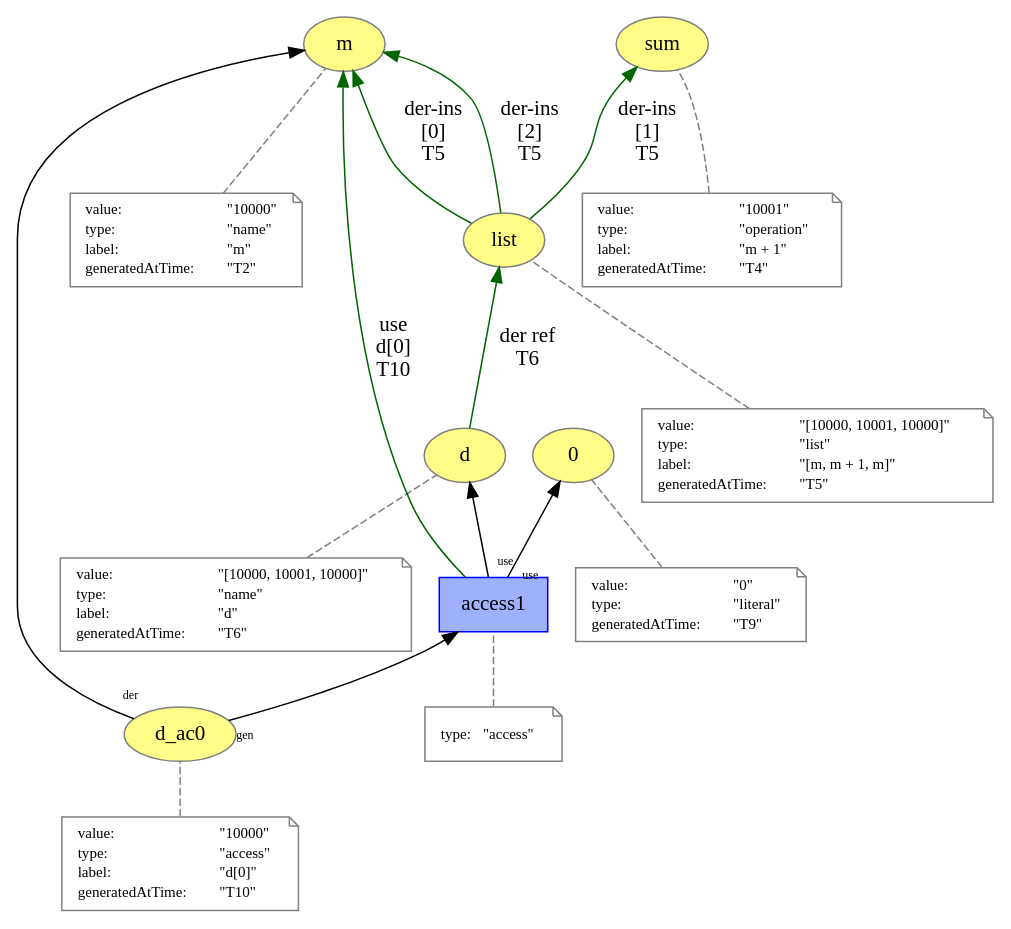
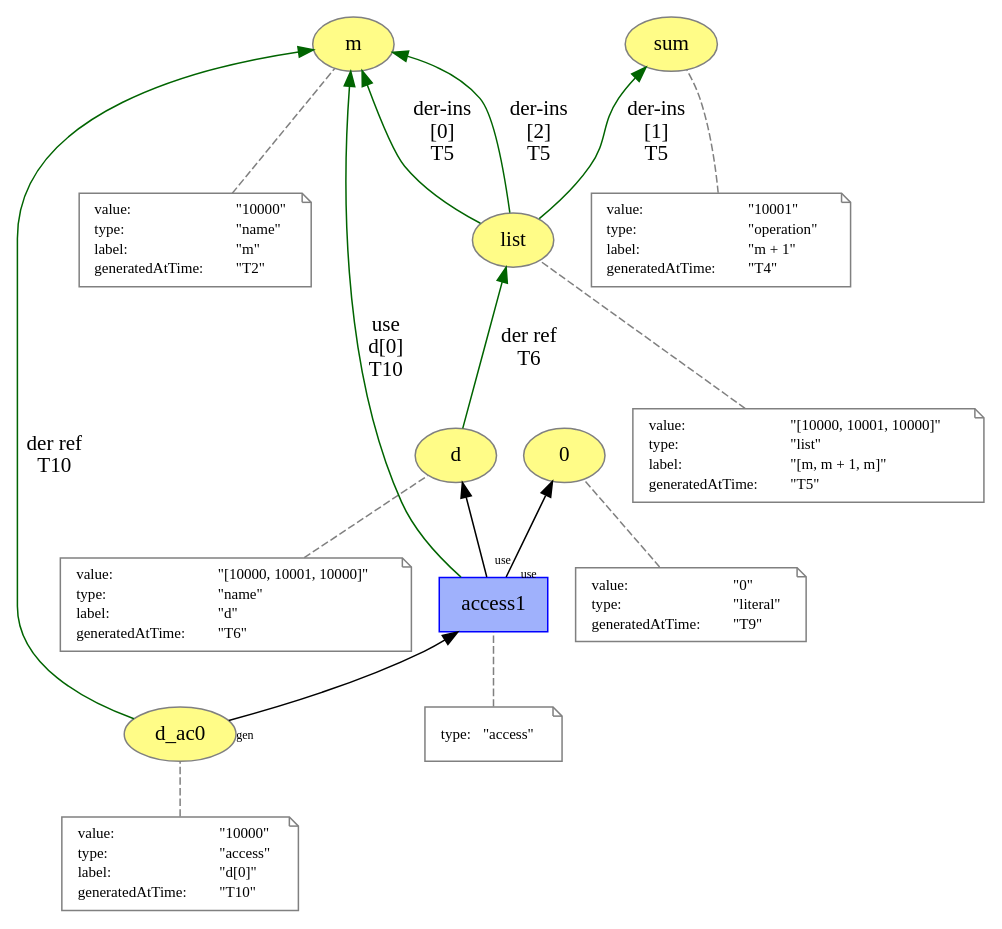
One commit to dew-uff/versioned-prov changed the diagram in versioned_prov/access.dot. Above: the diagram before and after it, drawn with Graphviz. The commit also changed 11 other files, not shown here.

```diff
--- a/versioned_prov/access.dot
+++ b/versioned_prov/access.dot
@@ -1,144 +1,145 @@
 digraph "PROV" { size="16,12"; rankdir="BT";
 "http://example.org/m" [fillcolor="#FFFC87",color="#808080",style="filled",label="m",URL="http://example.org/m"]
 "-attrs0" [color="gray",shape="note",fontsize="10",fontcolor="black",label=<<TABLE cellpadding="0" border="0">
 	<TR>
 	    <TD align="left">value:</TD>
 	    <TD align="left">&quot;10000&quot;</TD>
 	</TR>
 	<TR>
 	    <TD align="left">type:</TD>
 	    <TD align="left">&quot;name&quot;</TD>
 	</TR>
 	<TR>
 	    <TD align="left">label:</TD>
 	    <TD align="left">&quot;m&quot;</TD>
 	</TR>
 	<TR>
 	    <TD align="left">generatedAtTime:</TD>
 	    <TD align="left">&quot;T2&quot;</TD>
 	</TR>
 </TABLE>>]
 "-attrs0" -> "http://example.org/m" [color="gray",style="dashed",arrowhead="none"]
 "http://example.org/sum" [fillcolor="#FFFC87",color="#808080",style="filled",label="sum",URL="http://example.org/sum"]
 "-attrs1" [color="gray",shape="note",fontsize="10",fontcolor="black",label=<<TABLE cellpadding="0" border="0">
 	<TR>
 	    <TD align="left">value:</TD>
 	    <TD align="left">&quot;10001&quot;</TD>
 	</TR>
 	<TR>
 	    <TD align="left">type:</TD>
 	    <TD align="left">&quot;operation&quot;</TD>
 	</TR>
 	<TR>
 	    <TD align="left">label:</TD>
 	    <TD align="left">&quot;m + 1&quot;</TD>
 	</TR>
 	<TR>
 	    <TD align="left">generatedAtTime:</TD>
 	    <TD align="left">&quot;T4&quot;</TD>
 	</TR>
 </TABLE>>]
 "-attrs1" -> "http://example.org/sum" [color="gray",style="dashed",arrowhead="none"]
 "http://example.org/list" [fillcolor="#FFFC87",color="#808080",style="filled",label="list",URL="http://example.org/list"]
 "-attrs2" [color="gray",shape="note",fontsize="10",fontcolor="black",label=<<TABLE cellpadding="0" border="0">
 	<TR>
 	    <TD align="left">value:</TD>
 	    <TD align="left">&quot;[10000, 10001, 10000]&quot;</TD>
 	</TR>
 	<TR>
 	    <TD align="left">type:</TD>
 	    <TD align="left">&quot;list&quot;</TD>
 	</TR>
 	<TR>
 	    <TD align="left">label:</TD>
 	    <TD align="left">&quot;[m, m + 1, m]&quot;</TD>
 	</TR>
 	<TR>
 	    <TD align="left">generatedAtTime:</TD>
 	    <TD align="left">&quot;T5&quot;</TD>
 	</TR>
 </TABLE>>]
 "-attrs2" -> "http://example.org/list" [color="gray",style="dashed",arrowhead="none"]
 "http://example.org/list" -> "http://example.org/m" [labelfontsize="8",labeldistance="1.5",color="darkgreen",labelangle="60.0",rotation="20",label="der-ins
 [0]
 T5"]
 "http://example.org/list" -> "http://example.org/sum" [labelfontsize="8",labeldistance="1.5",color="darkgreen",labelangle="60.0",rotation="20",label="der-ins
 [1]
 T5"]
 "http://example.org/list" -> "http://example.org/m" [labelfontsize="8",labeldistance="1.5",color="darkgreen",labelangle="60.0",rotation="20",label="der-ins
 [2]
 T5"]
 "http://example.org/d" [fillcolor="#FFFC87",color="#808080",style="filled",label="d",URL="http://example.org/d"]
 "-attrs3" [color="gray",shape="note",fontsize="10",fontcolor="black",label=<<TABLE cellpadding="0" border="0">
 	<TR>
 	    <TD align="left">value:</TD>
 	    <TD align="left">&quot;[10000, 10001, 10000]&quot;</TD>
 	</TR>
 	<TR>
 	    <TD align="left">type:</TD>
 	    <TD align="left">&quot;name&quot;</TD>
 	</TR>
 	<TR>
 	    <TD align="left">label:</TD>
 	    <TD align="left">&quot;d&quot;</TD>
 	</TR>
 	<TR>
 	    <TD align="left">generatedAtTime:</TD>
 	    <TD align="left">&quot;T6&quot;</TD>
 	</TR>
 </TABLE>>]
 "-attrs3" -> "http://example.org/d" [color="gray",style="dashed",arrowhead="none"]
 "http://example.org/d" -> "http://example.org/list" [labelfontsize="8",labeldistance="1.5",color="darkgreen",labelangle="60.0",rotation="20",label="der ref
 T6"]
 "http://example.org/0" [fillcolor="#FFFC87",color="#808080",style="filled",label="0",URL="http://example.org/0"]
 "-attrs4" [color="gray",shape="note",fontsize="10",fontcolor="black",label=<<TABLE cellpadding="0" border="0">
 	<TR>
 	    <TD align="left">value:</TD>
 	    <TD align="left">&quot;0&quot;</TD>
 	</TR>
 	<TR>
 	    <TD align="left">type:</TD>
 	    <TD align="left">&quot;literal&quot;</TD>
 	</TR>
 	<TR>
 	    <TD align="left">generatedAtTime:</TD>
 	    <TD align="left">&quot;T9&quot;</TD>
 	</TR>
 </TABLE>>]
 "-attrs4" -> "http://example.org/0" [color="gray",style="dashed",arrowhead="none"]
 "http://example.org/d_ac0" [fillcolor="#FFFC87",color="#808080",style="filled",label="d_ac0",URL="http://example.org/d_ac0"]
 "-attrs5" [color="gray",shape="note",fontsize="10",fontcolor="black",label=<<TABLE cellpadding="0" border="0">
 	<TR>
 	    <TD align="left">value:</TD>
 	    <TD align="left">&quot;10000&quot;</TD>
 	</TR>
 	<TR>
 	    <TD align="left">type:</TD>
 	    <TD align="left">&quot;access&quot;</TD>
 	</TR>
 	<TR>
 	    <TD align="left">label:</TD>
 	    <TD align="left">&quot;d[0]&quot;</TD>
 	</TR>
 	<TR>
 	    <TD align="left">generatedAtTime:</TD>
 	    <TD align="left">&quot;T10&quot;</TD>
 	</TR>
 </TABLE>>]
 "-attrs5" -> "http://example.org/d_ac0" [color="gray",style="dashed",arrowhead="none"]
 "http://example.org/access1" [fillcolor="#9FB1FC",color="#0000FF",shape="polygon",sides="4",style="filled",label="access1",URL="http://example.org/access1"]
 "-attrs6" [color="gray",shape="note",fontsize="10",fontcolor="black",label=<<TABLE cellpadding="0" border="0">
 	<TR>
 	    <TD align="left">type:</TD>
 	    <TD align="left">&quot;access&quot;</TD>
 	</TR>
 </TABLE>>]
 "-attrs6" -> "http://example.org/access1" [color="gray",style="dashed",arrowhead="none"]
 "http://example.org/access1" -> "http://example.org/d" [labelfontsize="8",labeldistance="1.5",labelangle="60.0",rotation="20",taillabel="use"]
 "http://example.org/access1" -> "http://example.org/0" [labelfontsize="8",labeldistance="1.5",labelangle="60.0",rotation="20",taillabel="use"]
 "http://example.org/access1" -> "http://example.org/m" [labelfontsize="8",labeldistance="1.5",color="darkgreen",labelangle="60.0",rotation="20",label="use
 d[0]
 T10"]
 "http://example.org/d_ac0" -> "http://example.org/access1" [labelfontsize="8",labeldistance="1.5",labelangle="60.0",rotation="20",taillabel="gen"]
-"http://example.org/d_ac0" -> "http://example.org/m" [labelfontsize="8",labeldistance="1.5",labelangle="60.0",rotation="20",taillabel="der"]
+"http://example.org/d_ac0" -> "http://example.org/m" [labelfontsize="8",labeldistance="1.5",color="darkgreen",labelangle="60.0",rotation="20",label="der ref
+T10"]
 }
```
